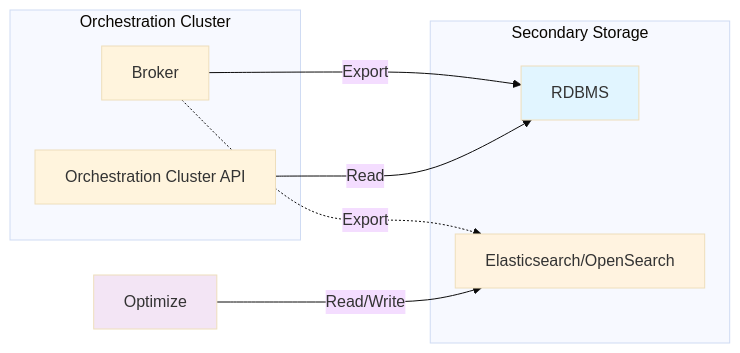
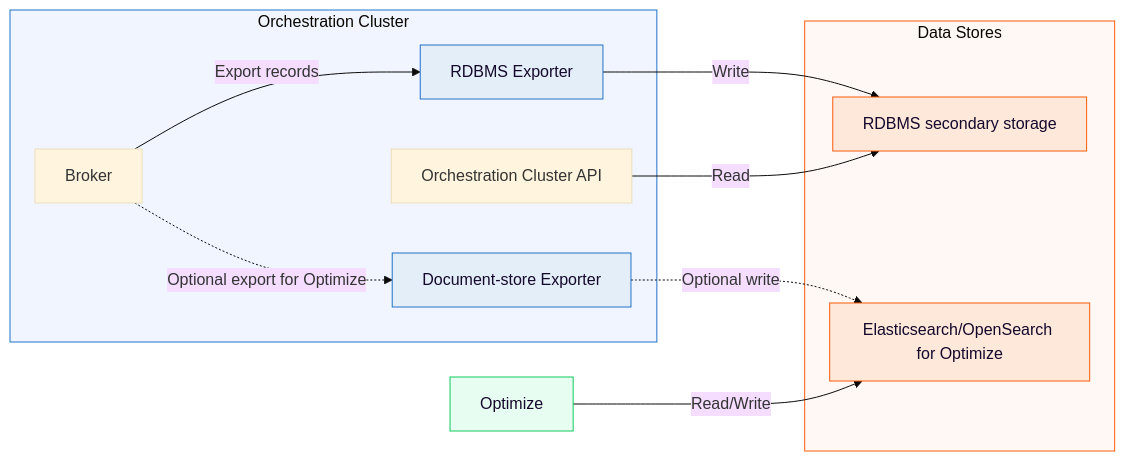
Before and after one commit to camunda/camunda-docs: the diagram in docs/self-managed/deployment/manual/rdbms/index.md, drawn with Mermaid (base theme). The commit also changed 4 other files, not shown here.

Commit message:
RDBMS: Add diagrams to secondary storage/RDBMS overview content

````diff
--- a/docs/self-managed/deployment/manual/rdbms/index.md
+++ b/docs/self-managed/deployment/manual/rdbms/index.md
@@ -18,23 +18,31 @@
 ```mermaid
 graph LR
     subgraph oc[Orchestration Cluster]
         broker[Broker]
+        rdbms_exporter[RDBMS Exporter]
+        doc_exporter[Document-store Exporter]
         api[Orchestration Cluster API]
     end
 
-    subgraph storage[Secondary Storage]
-        rdbms[RDBMS]
-        es[Elasticsearch/OpenSearch]
+    subgraph storage[Data Stores]
+        rdbms[RDBMS secondary storage]
+        es[Elasticsearch/OpenSearch for Optimize]
     end
 
     opt[Optimize]
 
-    broker -->|Export| rdbms
-    broker -.->|Export| es
+    broker -->|Export records| rdbms_exporter
+    rdbms_exporter -->|Write| rdbms
+    broker -.->|Optional export for Optimize| doc_exporter
+    doc_exporter -.->|Optional write| es
     api -->|Read| rdbms
     opt -->|Read/Write| es
 
-    style rdbms fill:#e1f5ff
-    style es fill:#fff3e0
-    style opt fill:#f3e5f5
+    style rdbms_exporter fill:#e4eef8,stroke:#2272c9,color:#14082c
+    style doc_exporter fill:#e4eef8,stroke:#2272c9,color:#14082c
+    style rdbms fill:#fde8da,stroke:#fc5d0d,color:#14082c
+    style es fill:#fde8da,stroke:#fc5d0d,color:#14082c
+    style opt fill:#e8fdf1,stroke:#10c95d,color:#14082c
+    style oc fill:#f0f5ff,stroke:#2272c9
+    style storage fill:#fff8f4,stroke:#fc5d0d
 ```
````
